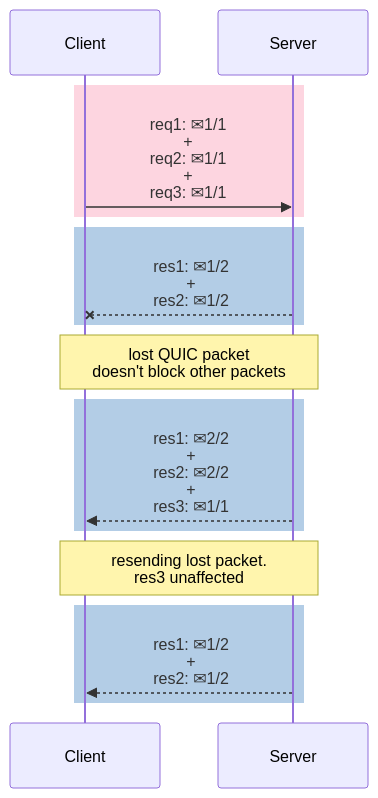
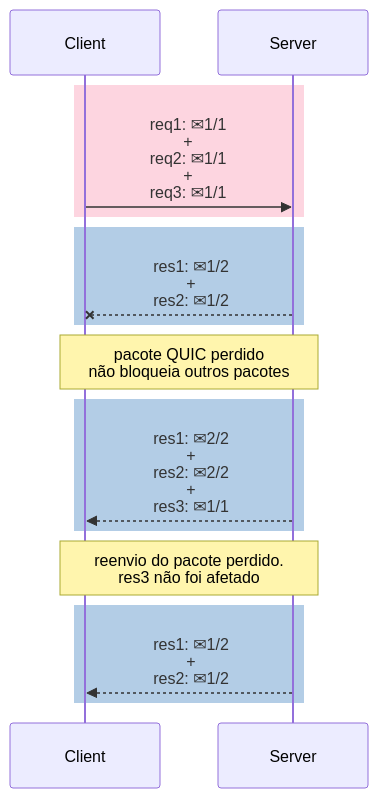
The fourth of 4 diagrams in src/posts/2024/03/http2-e-http3-explicados.md (alexandrehtrb/alexandrehtrb.github.io), drawn with Mermaid before and after one commit.

Commit message:
article: text changes

````diff
--- a/src/posts/2024/03/http2-e-http3-explicados.md
+++ b/src/posts/2024/03/http2-e-http3-explicados.md
@@ -178,17 +178,17 @@
 ```mermaid
 sequenceDiagram
     rect rgb(253, 213, 224)
         Client->>Server: req1: #9993;1/1<br>+<br>req2: #9993;1/1<br>+<br>req3: #9993;1/1
     end
     rect rgb(179, 205, 230)
         Server--xClient: res1: #9993;1/2<br>+<br>res2: #9993;1/2
     end
-    Note over Client,Server: lost QUIC packet<br>doesn't block other packets
+    Note over Client,Server: pacote QUIC perdido<br>não bloqueia outros pacotes
     rect rgb(179, 205, 230)
         Server-->>Client: res1: #9993;2/2<br>+<br>res2: #9993;2/2<br>+<br>res3: #9993;1/1
     end
-    Note over Client,Server: resending lost packet.<br>res3 unaffected
+    Note over Client,Server: reenvio do pacote perdido.<br>res3 não foi afetado
     rect rgb(179, 205, 230)
         Server-->>Client: res1: #9993;1/2<br>+<br>res2: #9993;1/2
     end
 ```
````
